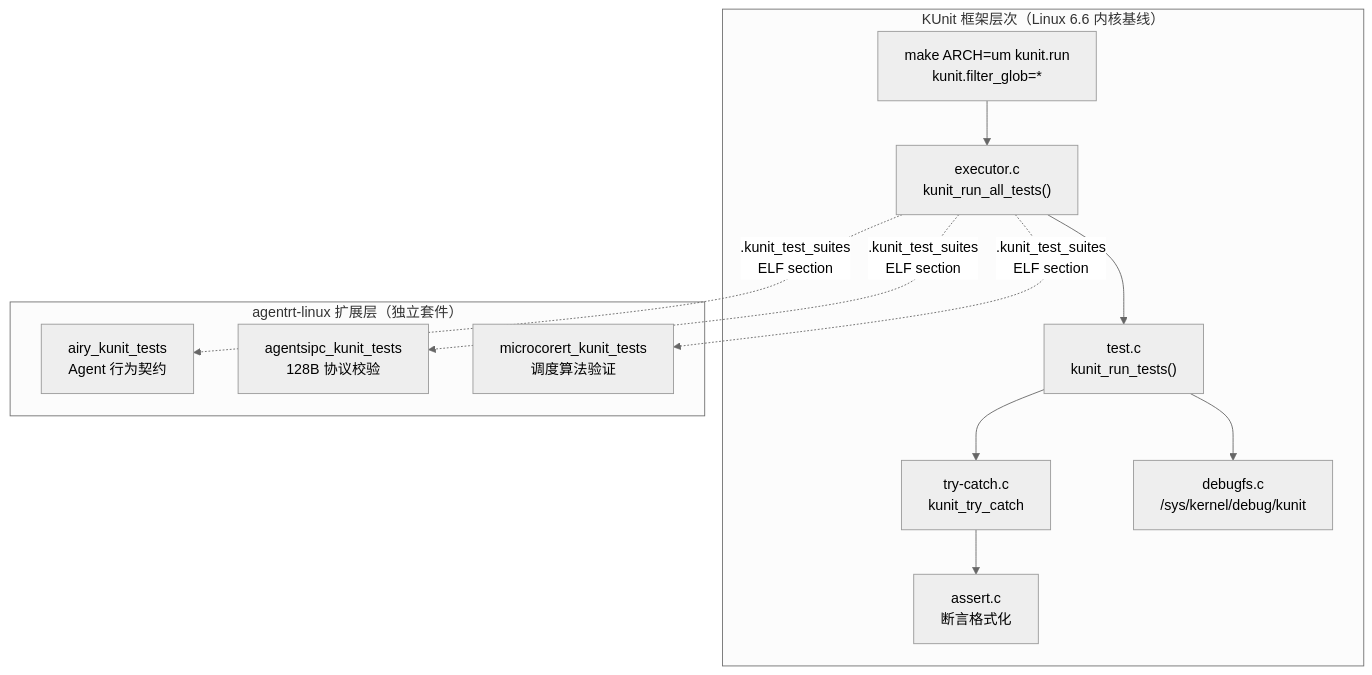
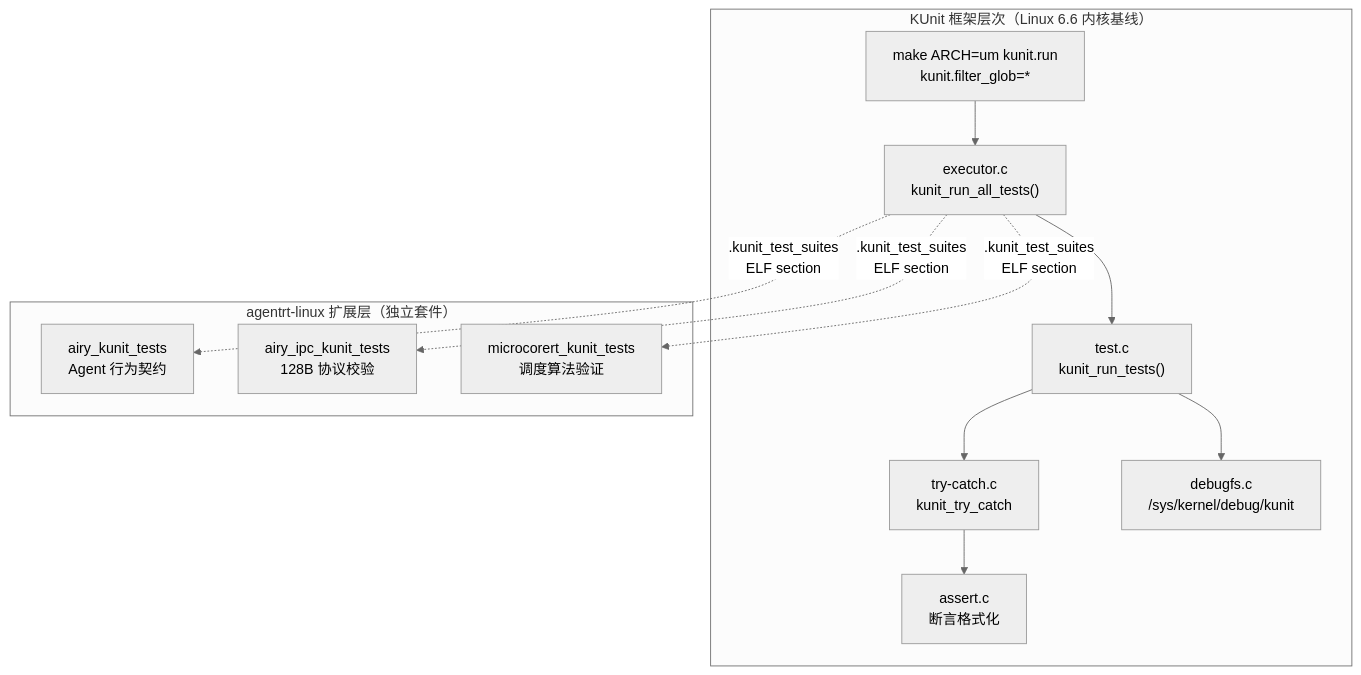
The first of 4 diagrams in AirymaxOS/80-testing/01-kunit-framework.md (SpharxTeam/Docs), drawn with Mermaid (neutral theme) before and after one commit. The commit also changed other lines of this file and 217 other files, not shown here.

````diff
--- a/AirymaxOS/80-testing/01-kunit-framework.md
+++ b/AirymaxOS/80-testing/01-kunit-framework.md
@@ -43,21 +43,21 @@
 ```mermaid
 flowchart TB
     subgraph "KUnit 框架层次（Linux 6.6 内核基线）"
         A["make ARCH=um kunit.run<br/>kunit.filter_glob=*"]
         B["executor.c<br/>kunit_run_all_tests()"]
         C["test.c<br/>kunit_run_tests()"]
         D["try-catch.c<br/>kunit_try_catch"]
         E["assert.c<br/>断言格式化"]
         F["debugfs.c<br/>/sys/kernel/debug/kunit"]
     end
     A --> B --> C --> D --> E
     C --> F
     subgraph "agentrt-linux 扩展层（独立套件）"
         H["airy_kunit_tests<br/>Agent 行为契约"]
-        I["agentsipc_kunit_tests<br/>128B 协议校验"]
+        I["airy_ipc_kunit_tests<br/>128B 协议校验"]
         J["microcorert_kunit_tests<br/>调度算法验证"]
     end
     B -.->|.kunit_test_suites<br/>ELF section| H
     B -.->|.kunit_test_suites<br/>ELF section| I
     B -.->|.kunit_test_suites<br/>ELF section| J
 ```
````
